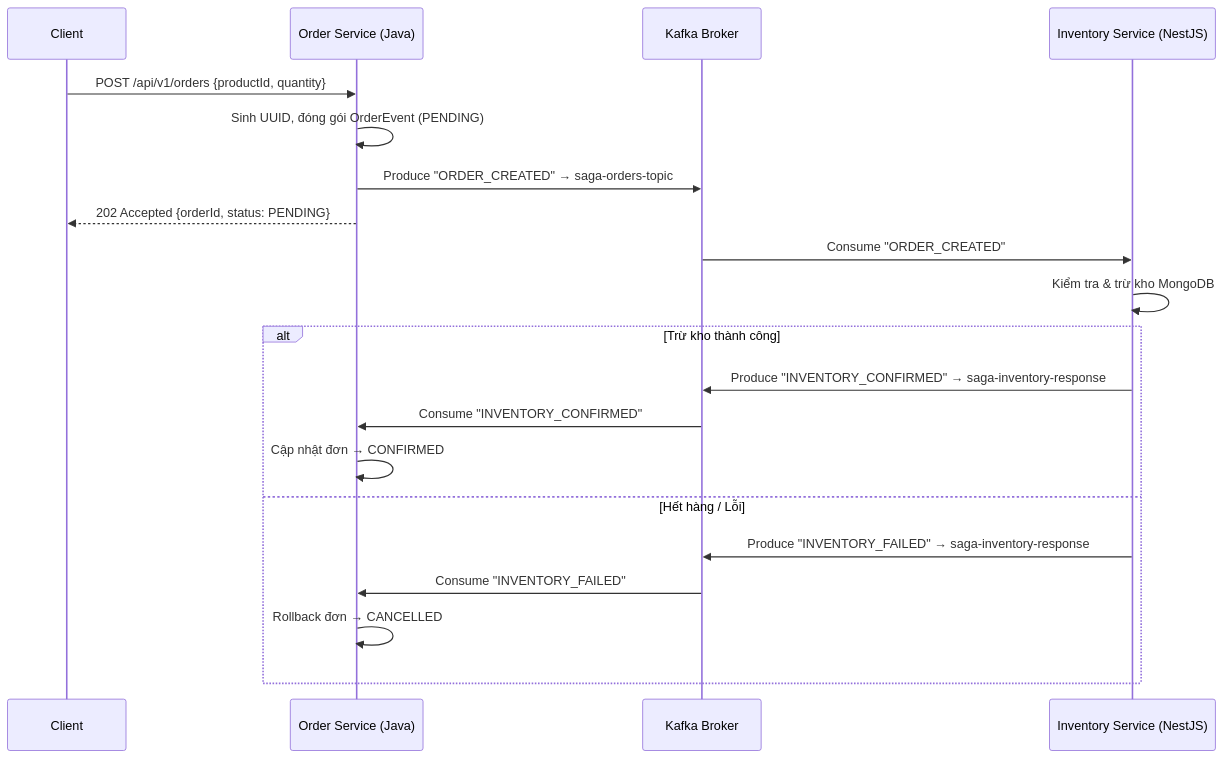
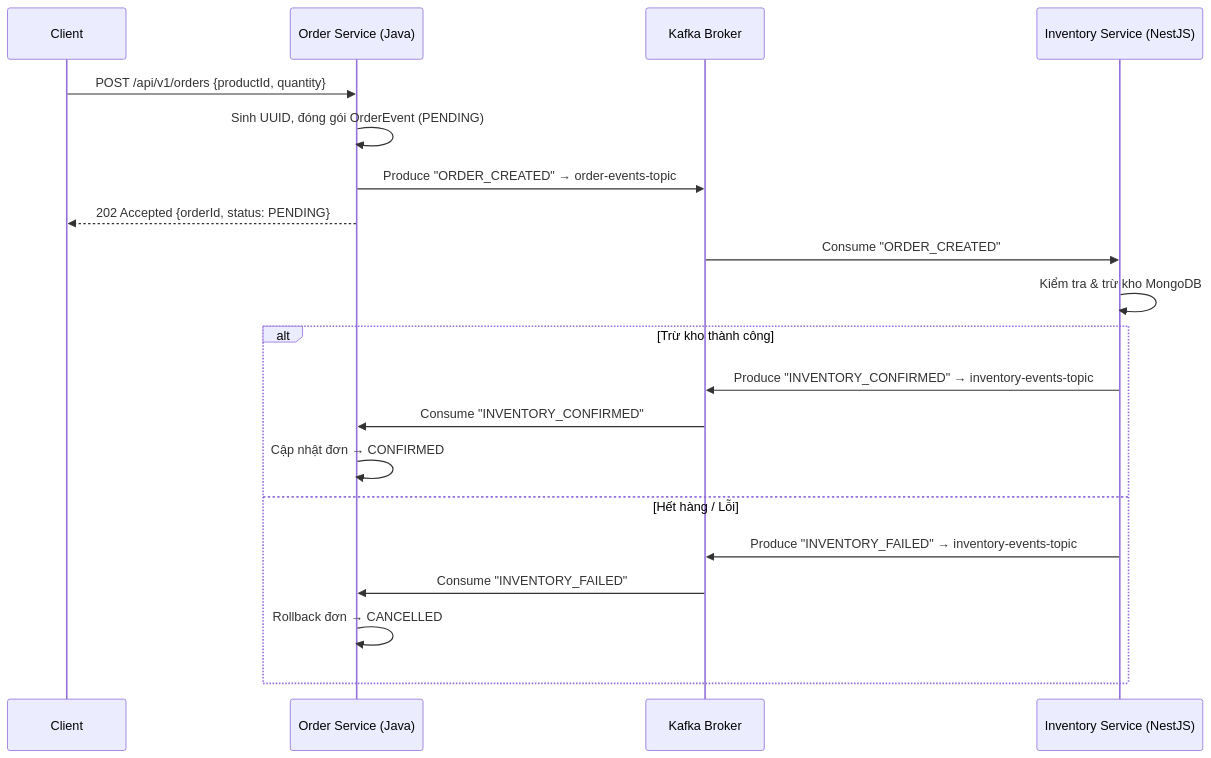
Before and after one commit to viet291993/nexus-microservices-lab: the diagram in services/docs/order-service-kafka.md, drawn with Mermaid. The commit also changed other lines of this file and 14 other files, not shown here.

Commit message:
docs: explain ZenWave usage, refactor order-service to use generated producers and consumers

````diff
--- a/services/docs/order-service-kafka.md
+++ b/services/docs/order-service-kafka.md
@@ -9,25 +9,25 @@
 ```mermaid
 sequenceDiagram
     participant Client
     participant OrderService as Order Service (Java)
     participant Kafka as Kafka Broker
     participant InventoryService as Inventory Service (NestJS)
 
     Client->>OrderService: POST /api/v1/orders {productId, quantity}
     OrderService->>OrderService: Sinh UUID, đóng gói OrderEvent (PENDING)
-    OrderService->>Kafka: Produce "ORDER_CREATED" → saga-orders-topic
+    OrderService->>Kafka: Produce "ORDER_CREATED" → order-events-topic
     OrderService-->>Client: 202 Accepted {orderId, status: PENDING}
 
     Kafka->>InventoryService: Consume "ORDER_CREATED"
     InventoryService->>InventoryService: Kiểm tra & trừ kho MongoDB
 
     alt Trừ kho thành công
-        InventoryService->>Kafka: Produce "INVENTORY_CONFIRMED" → saga-inventory-response
+        InventoryService->>Kafka: Produce "INVENTORY_CONFIRMED" → inventory-events-topic
         Kafka->>OrderService: Consume "INVENTORY_CONFIRMED"
         OrderService->>OrderService: Cập nhật đơn → CONFIRMED
     else Hết hàng / Lỗi
-        InventoryService->>Kafka: Produce "INVENTORY_FAILED" → saga-inventory-response
+        InventoryService->>Kafka: Produce "INVENTORY_FAILED" → inventory-events-topic
         Kafka->>OrderService: Consume "INVENTORY_FAILED"
         OrderService->>OrderService: Rollback đơn → CANCELLED
     end
 ```
````
